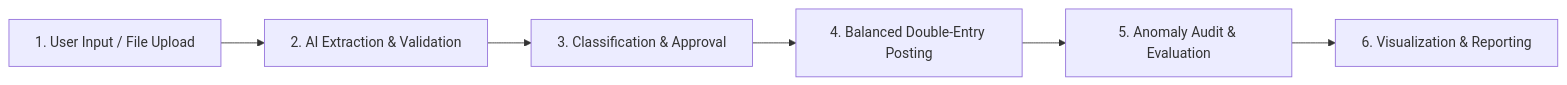
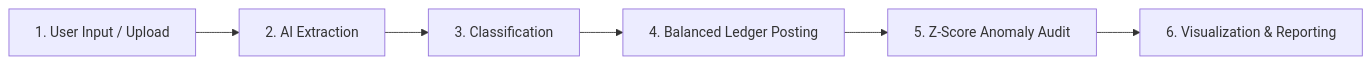
Before and after one commit to abhishekkulbainur/finance_AI_5024134: the second of 2 diagrams in README.md, drawn with Mermaid. The commit also changed other lines of this file and 5 other files, not shown here.

````diff
--- a/README.md
+++ b/README.md
@@ -299,8 +182,8 @@
 ```mermaid
 graph LR
-    A[1. User Input / File Upload] --> B[2. AI Extraction & Validation]
-    B --> C[3. Classification & Approval]
-    C --> D[4. Balanced Double-Entry Posting]
-    D --> E[5. Anomaly Audit & Evaluation]
+    A[1. User Input / Upload] --> B[2. AI Extraction]
+    B --> C[3. Classification]
+    C --> D[4. Balanced Ledger Posting]
+    D --> E[5. Z-Score Anomaly Audit]
     E --> F[6. Visualization & Reporting]
 ```
````
